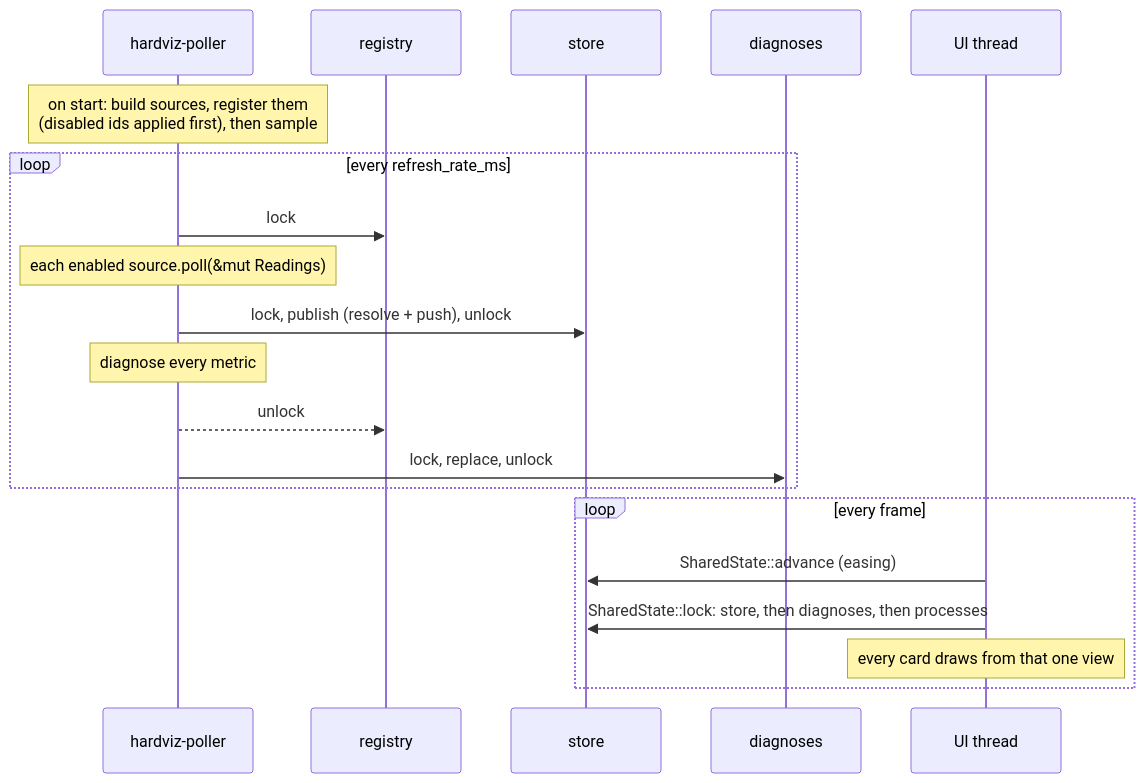
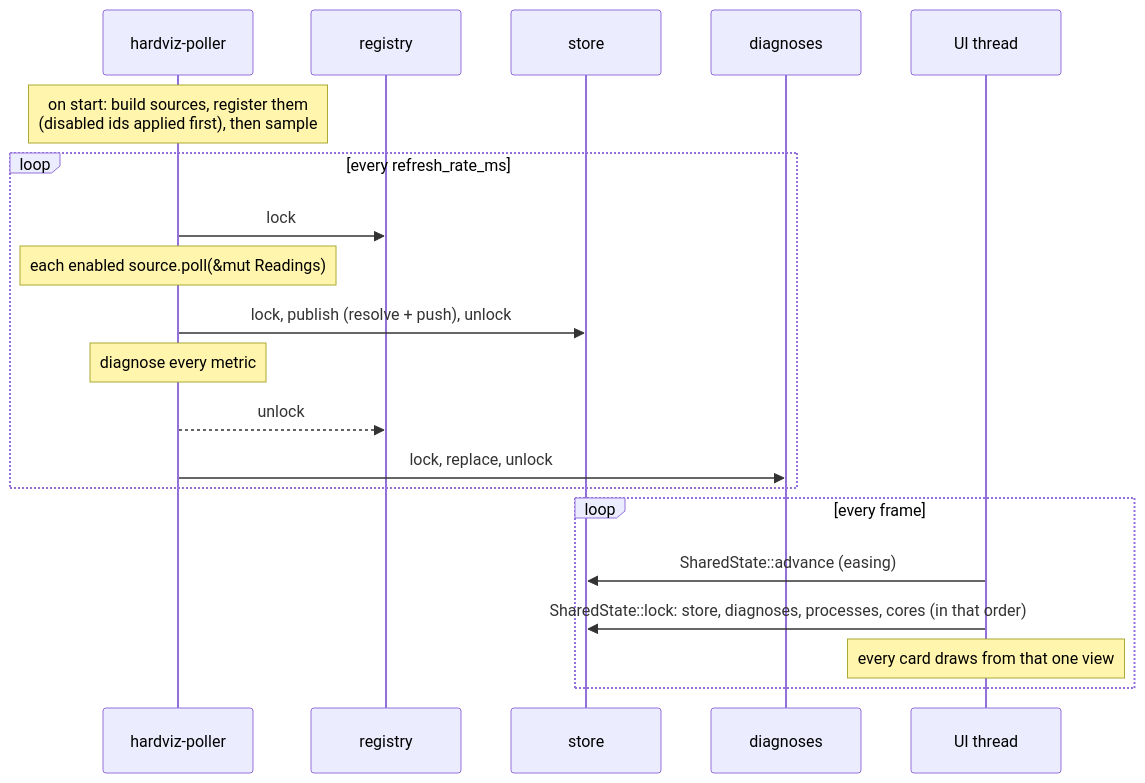
One commit to liorbass/hardviz changed the second of 4 diagrams in docs/architecture.md. Above: the diagram before and after it, drawn with Mermaid. The commit also changed other lines of this file and 35 other files, not shown here.

````diff
--- a/docs/architecture.md
+++ b/docs/architecture.md
@@ -57,22 +58,22 @@
 ```mermaid
 sequenceDiagram
     participant P as hardviz-poller
     participant Reg as registry
     participant St as store
     participant D as diagnoses
     participant UI as UI thread
     Note over P: on start: build sources, register them<br/>(disabled ids applied first), then sample
     loop every refresh_rate_ms
         P->>Reg: lock
         Note over P: each enabled source.poll(&mut Readings)
         P->>St: lock, publish (resolve + push), unlock
         Note over P: diagnose every metric
         P-->>Reg: unlock
         P->>D: lock, replace, unlock
     end
     loop every frame
         UI->>St: SharedState::advance (easing)
-        UI->>St: SharedState::lock: store, then diagnoses, then processes
+        UI->>St: SharedState::lock: store, diagnoses, processes, cores (in that order)
         Note over UI: every card draws from that one view
     end
 ```
````
